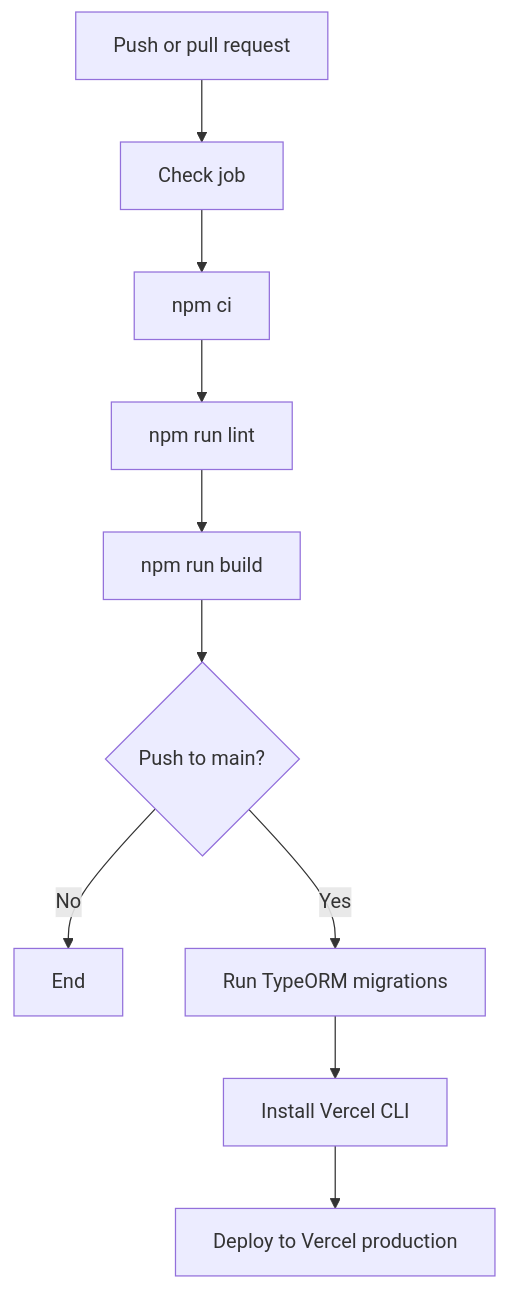
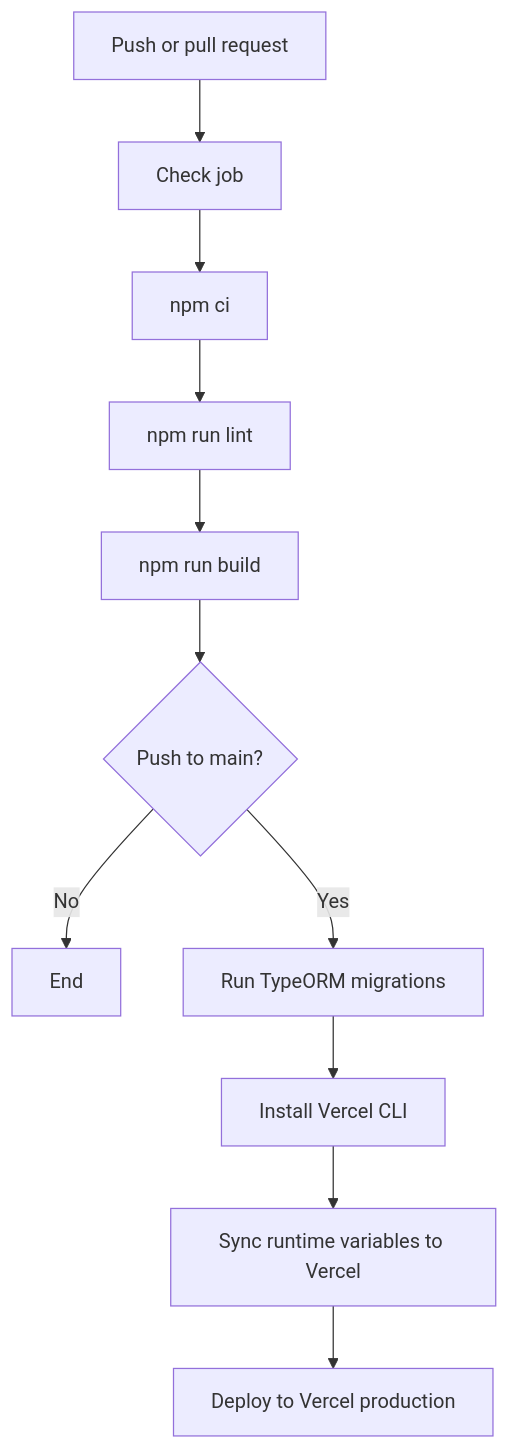
One commit to CoDev-Bench-Team/codev-osrs-backend changed the first of 3 diagrams in docs/DEPLOYMENT.md. Above: the diagram before and after it, drawn with Mermaid. The commit also changed other lines of this file and 1 other file, not shown here.

Commit message:
Overwrite some Vercel environment variables with some GitHub environment variables

````diff
--- a/docs/DEPLOYMENT.md
+++ b/docs/DEPLOYMENT.md
@@ -10,12 +10,13 @@
 ```mermaid
 flowchart TD
   A[Push or pull request] --> B[Check job]
   B --> B1[npm ci]
   B1 --> B2[npm run lint]
   B2 --> B3[npm run build]
   B3 --> C{Push to main?}
   C -- No --> D[End]
   C -- Yes --> E[Run TypeORM migrations]
   E --> F[Install Vercel CLI]
-  F --> G[Deploy to Vercel production]
+   F --> G[Sync runtime variables to Vercel]
+   G --> H[Deploy to Vercel production]
 ```
````
